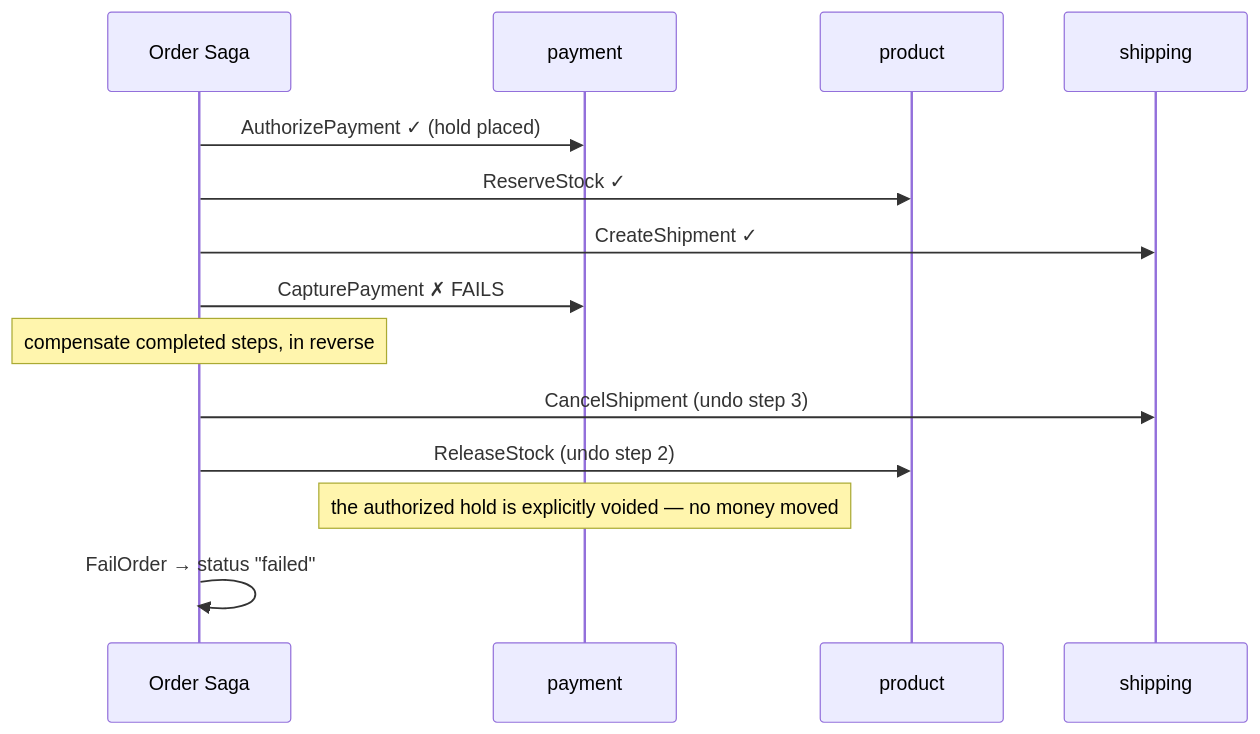
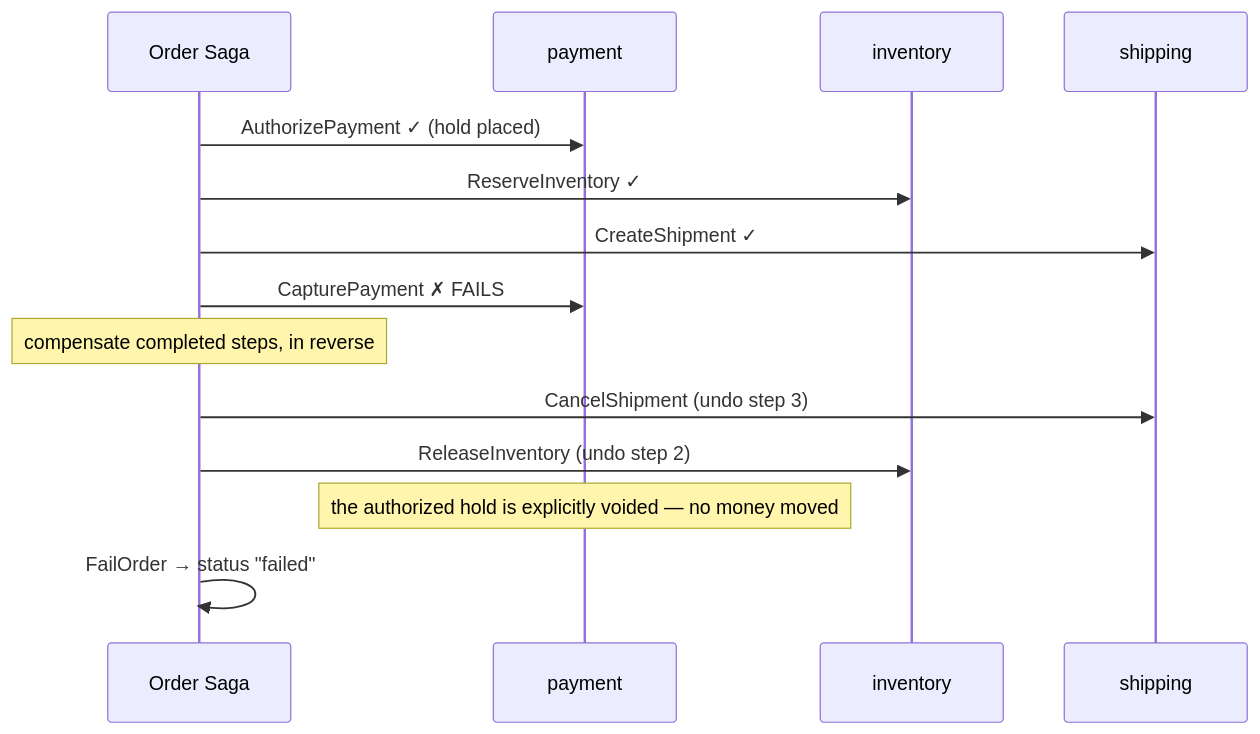
The ninth of 14 diagrams in docs/api/temporal-order-fulfillment.md (duynhlab/homelab), drawn with Mermaid before and after one commit. The commit also changed other lines of this file and 5 other files, not shown here.

````diff
--- a/docs/api/temporal-order-fulfillment.md
+++ b/docs/api/temporal-order-fulfillment.md
@@ -422,16 +440,16 @@
 ```mermaid
 sequenceDiagram
     participant W as Order Saga
     participant Pay as payment
-    participant Prod as product
+    participant Inv as inventory
     participant Ship as shipping
     W->>Pay: AuthorizePayment ✓ (hold placed)
-    W->>Prod: ReserveStock ✓
+    W->>Inv: ReserveInventory ✓
     W->>Ship: CreateShipment ✓
     W->>Pay: CapturePayment ✗ FAILS
     Note over W: compensate completed steps, in reverse
     W->>Ship: CancelShipment (undo step 3)
-    W->>Prod: ReleaseStock (undo step 2)
+    W->>Inv: ReleaseInventory (undo step 2)
     Note over Pay: the authorized hold is explicitly voided — no money moved
     W->>W: FailOrder → status "failed"
 ```
````
